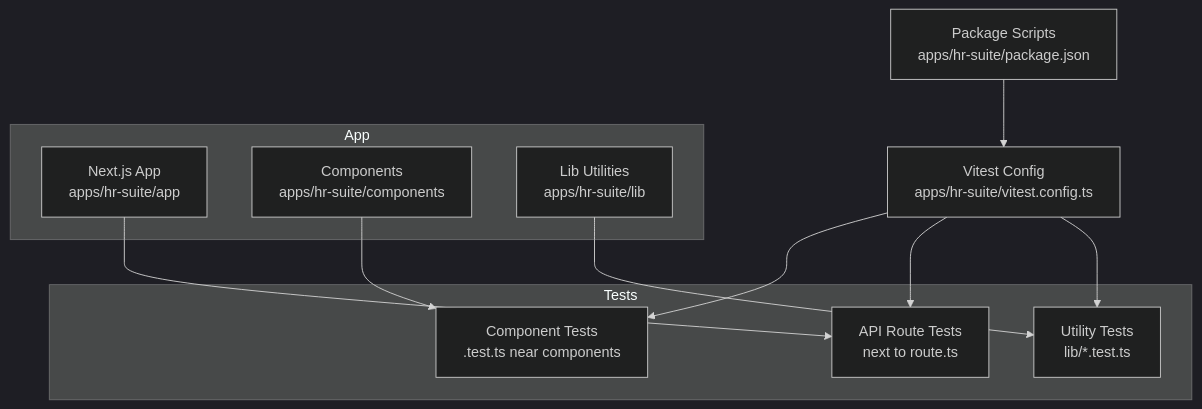
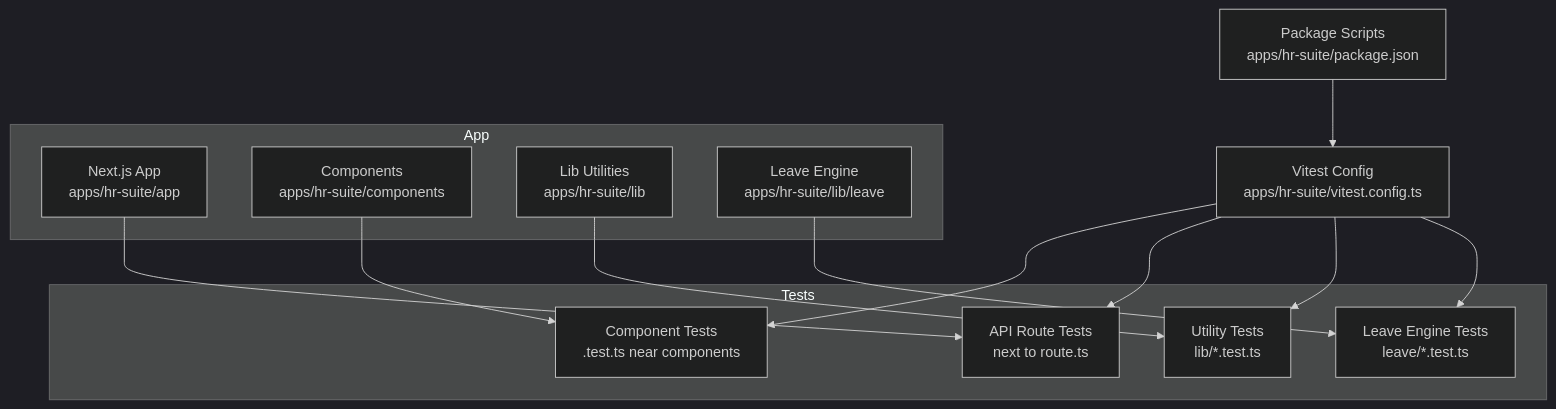
Before and after one commit to EdwinCycling/LiquidHR: the first of 6 diagrams in .qoder/repowiki/en/content/Testing Guide/Testing Guide.md, drawn with Mermaid (dark theme). The commit also changed other lines of this file and 120 other files, not shown here.

````diff
--- a/.qoder/repowiki/en/content/Testing Guide/Testing Guide.md
+++ b/.qoder/repowiki/en/content/Testing Guide/Testing Guide.md
@@ -43,22 +51,26 @@
 ```mermaid
 graph TB
 subgraph "App"
 A["Next.js App<br/>apps/hr-suite/app"]
 B["Components<br/>apps/hr-suite/components"]
 C["Lib Utilities<br/>apps/hr-suite/lib"]
+D["Leave Engine<br/>apps/hr-suite/lib/leave"]
 end
 subgraph "Tests"
 T1["Component Tests<br/>.test.ts near components"]
 T2["API Route Tests<br/>next to route.ts"]
 T3["Utility Tests<br/>lib/*.test.ts"]
+T4["Leave Engine Tests<br/>leave/*.test.ts"]
 end
 V["Vitest Config<br/>apps/hr-suite/vitest.config.ts"]
 P["Package Scripts<br/>apps/hr-suite/package.json"]
 A --> T2
 B --> T1
 C --> T3
+D --> T4
 V --> T1
 V --> T2
 V --> T3
+V --> T4
 P --> V
 ```
````
